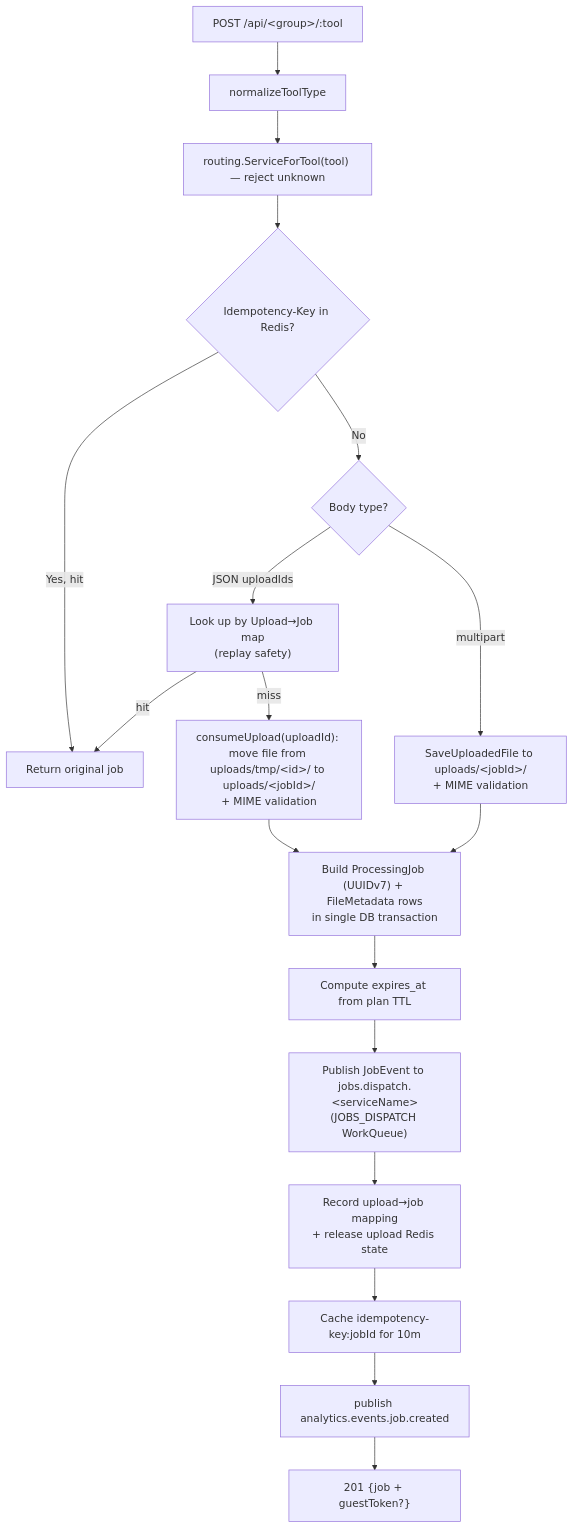
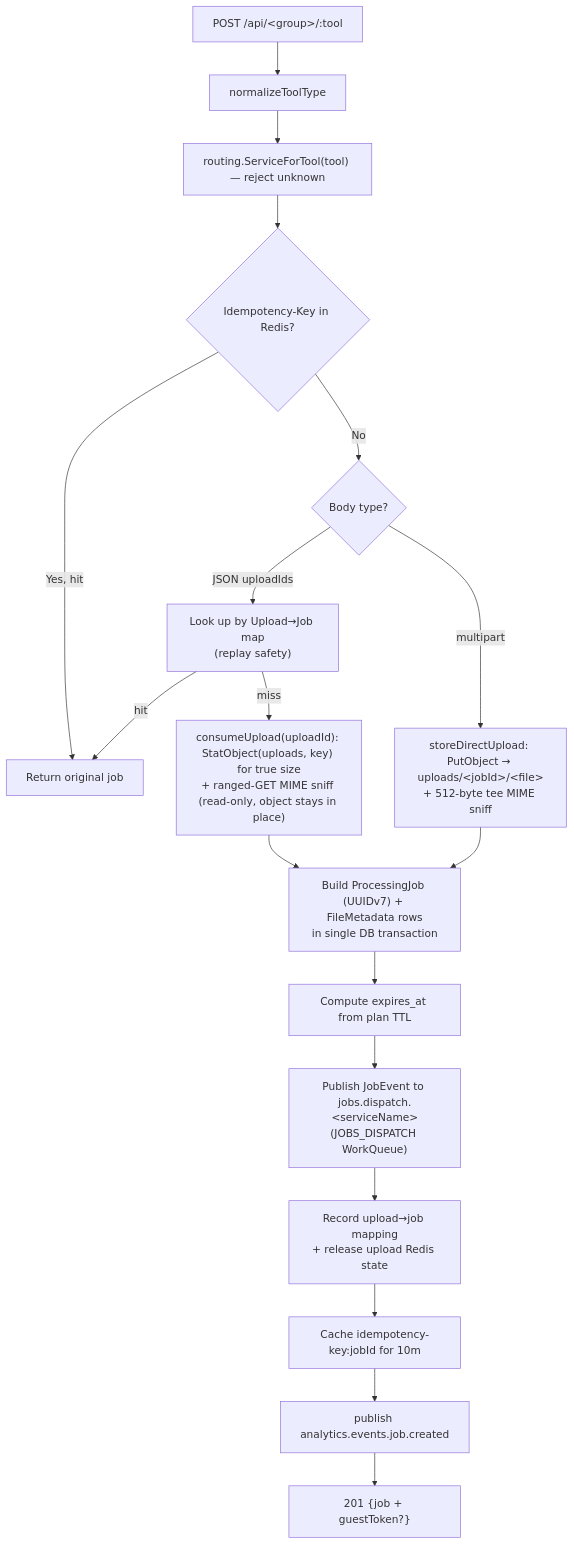
One commit to Prachidubey2003/fyredocs_backend changed the second of 5 diagrams in docs/developer/mermaid/service-job-service-architecture.md. Above: the diagram before and after it, drawn with Mermaid. The commit also changed other lines of this file and 84 other files, not shown here.

````diff
--- a/docs/developer/mermaid/service-job-service-architecture.md
+++ b/docs/developer/mermaid/service-job-service-architecture.md
@@ -123,21 +130,21 @@
 ```mermaid
 flowchart TD
     A["POST /api/&lt;group&gt;/:tool"] --> B["normalizeToolType"]
     B --> C["routing.ServiceForTool(tool) — reject unknown"]
     C --> D{"Idempotency-Key in Redis?"}
     D -->|Yes, hit| Z["Return original job"]
     D -->|No| E{"Body type?"}
     E -->|JSON uploadIds| E1["Look up by Upload→Job map<br/>(replay safety)"]
     E1 -->|hit| Z
-    E1 -->|miss| F["consumeUpload(uploadId): move file from uploads/tmp/&lt;id&gt;/ to uploads/&lt;jobId&gt;/<br/>+ MIME validation"]
-    E -->|multipart| G["SaveUploadedFile to uploads/&lt;jobId&gt;/<br/>+ MIME validation"]
+    E1 -->|miss| F["consumeUpload(uploadId): StatObject(uploads, key) for true size<br/>+ ranged-GET MIME sniff (read-only, object stays in place)"]
+    E -->|multipart| G["storeDirectUpload: PutObject → uploads/&lt;jobId&gt;/&lt;file&gt;<br/>+ 512-byte tee MIME sniff"]
     F --> H
     G --> H
     H["Build ProcessingJob (UUIDv7) + FileMetadata rows<br/>in single DB transaction"]
     H --> I["Compute expires_at from plan TTL"]
     I --> J["Publish JobEvent to jobs.dispatch.&lt;serviceName&gt;<br/>(JOBS_DISPATCH WorkQueue)"]
     J --> K["Record upload→job mapping<br/>+ release upload Redis state"]
     K --> L["Cache idempotency-key:jobId for 10m"]
     L --> M["publish analytics.events.job.created"]
     M --> N["201 {job + guestToken?}"]
 ```
````
